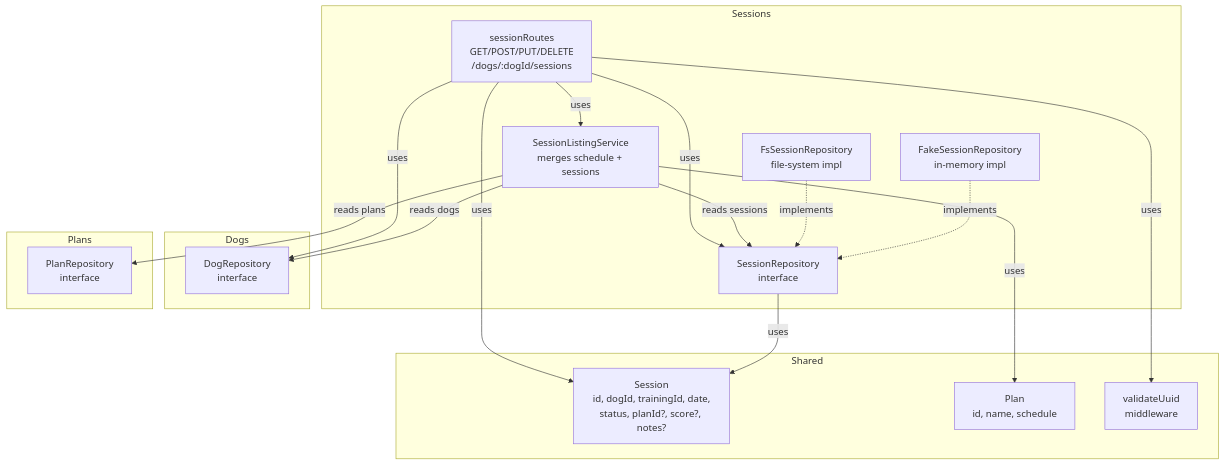
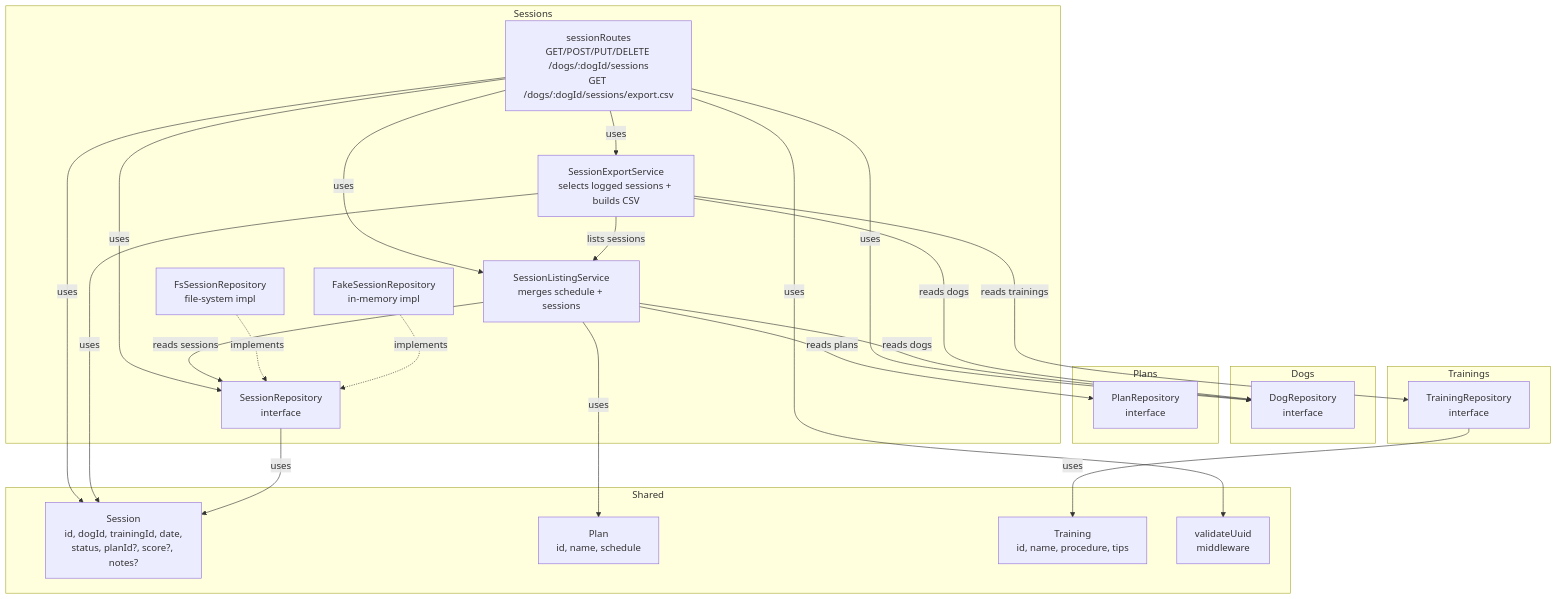
Before and after one commit to jovaneyck/software-factory-demo: the fourth of 4 diagrams in app/architecture.md, drawn with Mermaid. The commit also changed 10 other files, not shown here.

````diff
--- a/app/architecture.md
+++ b/app/architecture.md
@@ -84,37 +84,49 @@
 ```mermaid
 flowchart TD
     subgraph Sessions
-        sessionRoutes["sessionRoutes<br/>GET/POST/PUT/DELETE<br/>/dogs/:dogId/sessions"]
+        sessionRoutes["sessionRoutes<br/>GET/POST/PUT/DELETE /dogs/:dogId/sessions<br/>GET /dogs/:dogId/sessions/export.csv"]
         SessionListingService["SessionListingService<br/>merges schedule + sessions"]
+        SessionExportService["SessionExportService<br/>selects logged sessions + builds CSV"]
         SessionRepository["SessionRepository<br/>interface"]
         FsSessionRepository["FsSessionRepository<br/>file-system impl"]
         FakeSessionRepository["FakeSessionRepository<br/>in-memory impl"]
     end
 
     subgraph Shared
         Session["Session<br/>id, dogId, trainingId, date,<br/>status, planId?, score?, notes?"]
         Plan["Plan<br/>id, name, schedule"]
+        Training["Training<br/>id, name, procedure, tips"]
         validateUuid["validateUuid<br/>middleware"]
     end
 
     subgraph Dogs
         DogRepository["DogRepository<br/>interface"]
     end
 
     subgraph Plans
         PlanRepository["PlanRepository<br/>interface"]
     end
 
+    subgraph Trainings
+        TrainingRepository["TrainingRepository<br/>interface"]
+    end
+
     sessionRoutes -->|uses| DogRepository
     sessionRoutes -->|uses| SessionRepository
     sessionRoutes -->|uses| SessionListingService
+    sessionRoutes -->|uses| SessionExportService
     sessionRoutes -->|uses| validateUuid
     sessionRoutes -->|uses| Session
     SessionListingService -->|reads dogs| DogRepository
     SessionListingService -->|reads plans| PlanRepository
     SessionListingService -->|reads sessions| SessionRepository
     SessionListingService -->|uses| Plan
+    SessionExportService -->|reads dogs| DogRepository
+    SessionExportService -->|lists sessions| SessionListingService
+    SessionExportService -->|reads trainings| TrainingRepository
+    SessionExportService -->|uses| Session
     SessionRepository -->|uses| Session
+    TrainingRepository -->|uses| Training
     FsSessionRepository -.->|implements| SessionRepository
     FakeSessionRepository -.->|implements| SessionRepository
 ```
````
